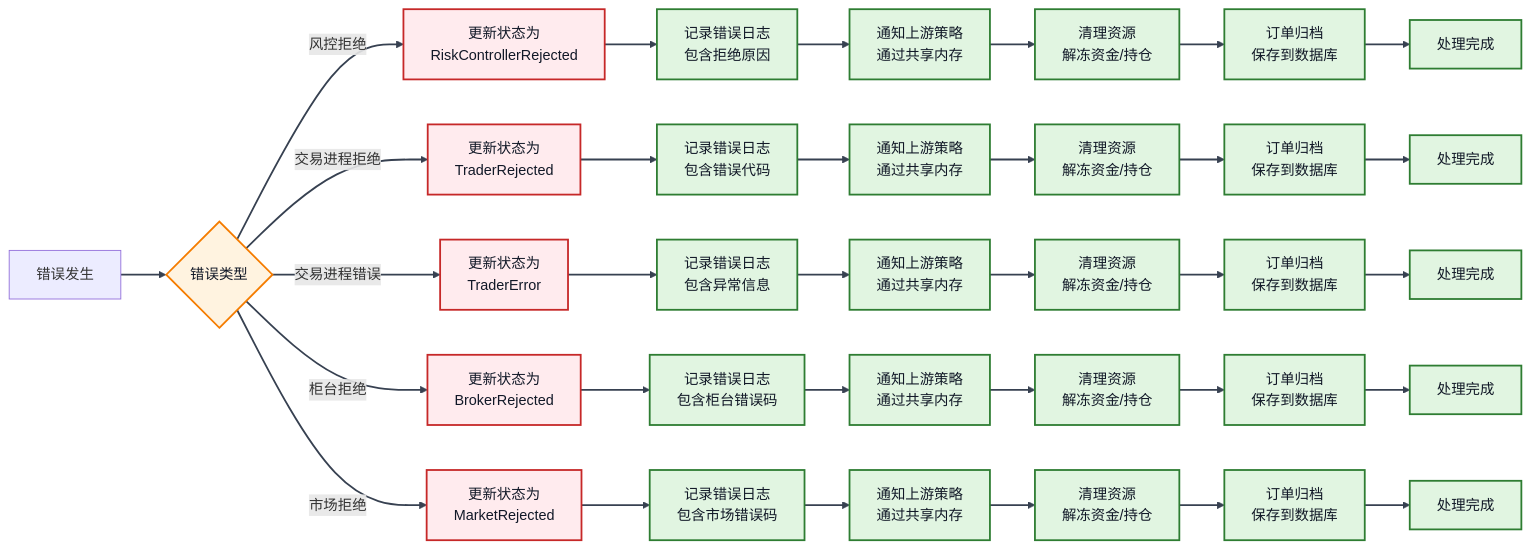
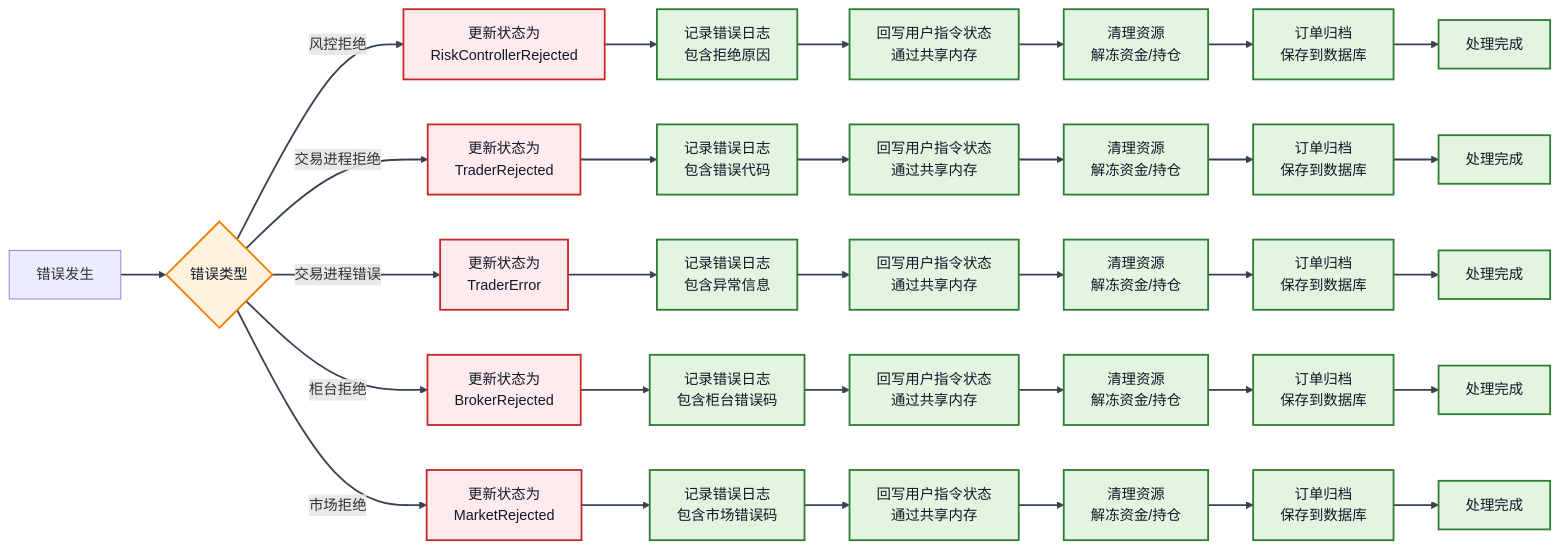
One commit to monstersama/account_services changed the diagram in docs/order_error_flow.mmd. Above: the diagram before and after it, drawn with Mermaid. The commit also changed 15 other files, not shown here.

```diff
--- a/docs/order_error_flow.mmd
+++ b/docs/order_error_flow.mmd
@@ -1,50 +1,50 @@
 %%{init: {'theme': 'base', 'themeVariables': {'background': '#ffffff', 'textColor': '#111827', 'lineColor': '#374151', 'fontSize': '18px', 'fontFamily': '"Microsoft YaHei","PingFang SC","Noto Sans SC",sans-serif', 'edgeLabelBackground': '#ffffff'}}}%%
 %% 错误处理流程图
 graph LR
     Error[错误发生] --> ErrorType{错误类型}
 
     ErrorType -->|风控拒绝| RiskReject[更新状态为<br/>RiskControllerRejected]
     ErrorType -->|交易进程拒绝| TraderReject[更新状态为<br/>TraderRejected]
     ErrorType -->|交易进程错误| TraderError[更新状态为<br/>TraderError]
     ErrorType -->|柜台拒绝| BrokerReject[更新状态为<br/>BrokerRejected]
     ErrorType -->|市场拒绝| MarketReject[更新状态为<br/>MarketRejected]
 
     RiskReject --> Log1[记录错误日志<br/>包含拒绝原因]
     TraderReject --> Log2[记录错误日志<br/>包含错误代码]
     TraderError --> Log3[记录错误日志<br/>包含异常信息]
     BrokerReject --> Log4[记录错误日志<br/>包含柜台错误码]
     MarketReject --> Log5[记录错误日志<br/>包含市场错误码]
 
-    Log1 --> Notify1[通知上游策略<br/>通过共享内存]
-    Log2 --> Notify2[通知上游策略<br/>通过共享内存]
-    Log3 --> Notify3[通知上游策略<br/>通过共享内存]
-    Log4 --> Notify4[通知上游策略<br/>通过共享内存]
-    Log5 --> Notify5[通知上游策略<br/>通过共享内存]
+    Log1 --> Notify1[回写用户指令状态<br/>通过共享内存]
+    Log2 --> Notify2[回写用户指令状态<br/>通过共享内存]
+    Log3 --> Notify3[回写用户指令状态<br/>通过共享内存]
+    Log4 --> Notify4[回写用户指令状态<br/>通过共享内存]
+    Log5 --> Notify5[回写用户指令状态<br/>通过共享内存]
 
     Notify1 --> Cleanup1[清理资源<br/>解冻资金/持仓]
     Notify2 --> Cleanup2[清理资源<br/>解冻资金/持仓]
     Notify3 --> Cleanup3[清理资源<br/>解冻资金/持仓]
     Notify4 --> Cleanup4[清理资源<br/>解冻资金/持仓]
     Notify5 --> Cleanup5[清理资源<br/>解冻资金/持仓]
 
     Cleanup1 --> Archive1[订单归档<br/>保存到数据库]
     Cleanup2 --> Archive2[订单归档<br/>保存到数据库]
     Cleanup3 --> Archive3[订单归档<br/>保存到数据库]
     Cleanup4 --> Archive4[订单归档<br/>保存到数据库]
     Cleanup5 --> Archive5[订单归档<br/>保存到数据库]
 
     Archive1 --> Done1[处理完成]
     Archive2 --> Done2[处理完成]
     Archive3 --> Done3[处理完成]
     Archive4 --> Done4[处理完成]
     Archive5 --> Done5[处理完成]
 
     classDef error fill:#ffebee,stroke:#c62828,stroke-width:2px,color:#111827,font-size:16px
     classDef process fill:#e1f5e1,stroke:#2e7d32,stroke-width:2px,color:#111827,font-size:16px
     classDef decision fill:#fff3e0,stroke:#f57c00,stroke-width:2px,color:#111827,font-size:16px
 
     linkStyle default stroke:#374151,stroke-width:2px
 
     class ErrorType decision
     class RiskReject,TraderReject,TraderError,BrokerReject,MarketReject error
     class Log1,Log2,Log3,Log4,Log5,Notify1,Notify2,Notify3,Notify4,Notify5,Cleanup1,Cleanup2,Cleanup3,Cleanup4,Cleanup5,Archive1,Archive2,Archive3,Archive4,Archive5,Done1,Done2,Done3,Done4,Done5 process
```
